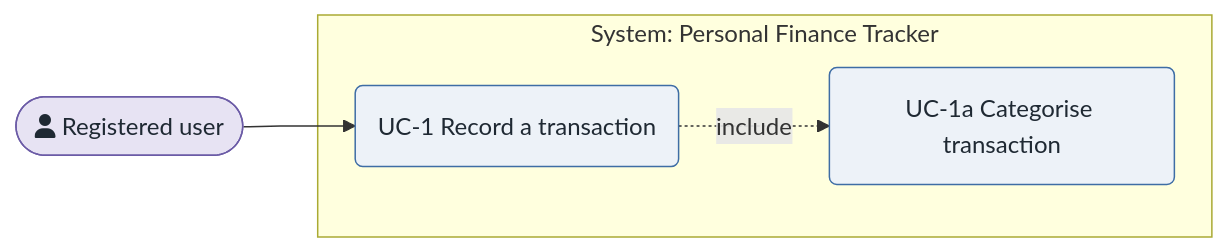
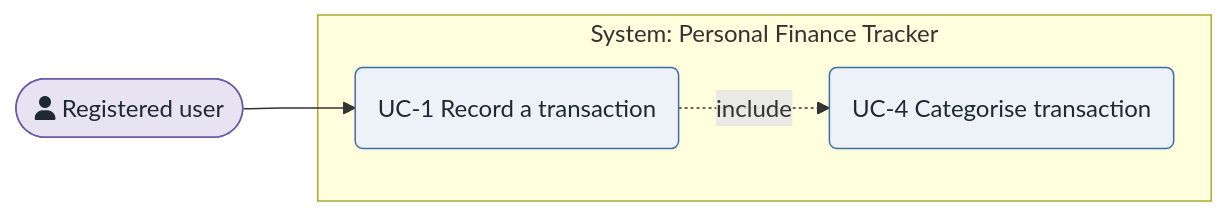
The diagram in examples/personal-finance-tracker-mermaid/drivers/use-cases/UC-1.md (rtym/sei-architecture-methodology), drawn with Mermaid before and after one commit. The commit also changed other lines of this file and 30 other files, not shown here.

First line of the commit message:
fix: correct UML use case diagram conventions; bump to 1.5.0

````diff
--- a/examples/personal-finance-tracker-mermaid/drivers/use-cases/UC-1.md
+++ b/examples/personal-finance-tracker-mermaid/drivers/use-cases/UC-1.md
@@ -40,15 +40,15 @@
 ```mermaid
 flowchart LR
   %% Use case diagram — UC-1 Record a transaction
   pa(["fa:fa-user Registered user"])
   subgraph sys["System: Personal Finance Tracker"]
     uc1("UC-1 Record a transaction")
-    uc1a("UC-1a Categorise transaction")
+    uc4("UC-4 Categorise transaction")
   end
   pa --> uc1
-  uc1 -. include .-> uc1a
+  uc1 -. include .-> uc4
   classDef source   fill:#E7E3F3,stroke:#6B5BA6,color:#1F2933;
   classDef artifact fill:#EDF2F8,stroke:#3E6DA5,color:#1F2933;
   class pa source
-  class uc1,uc1a artifact
+  class uc1,uc4 artifact
 ```
````
